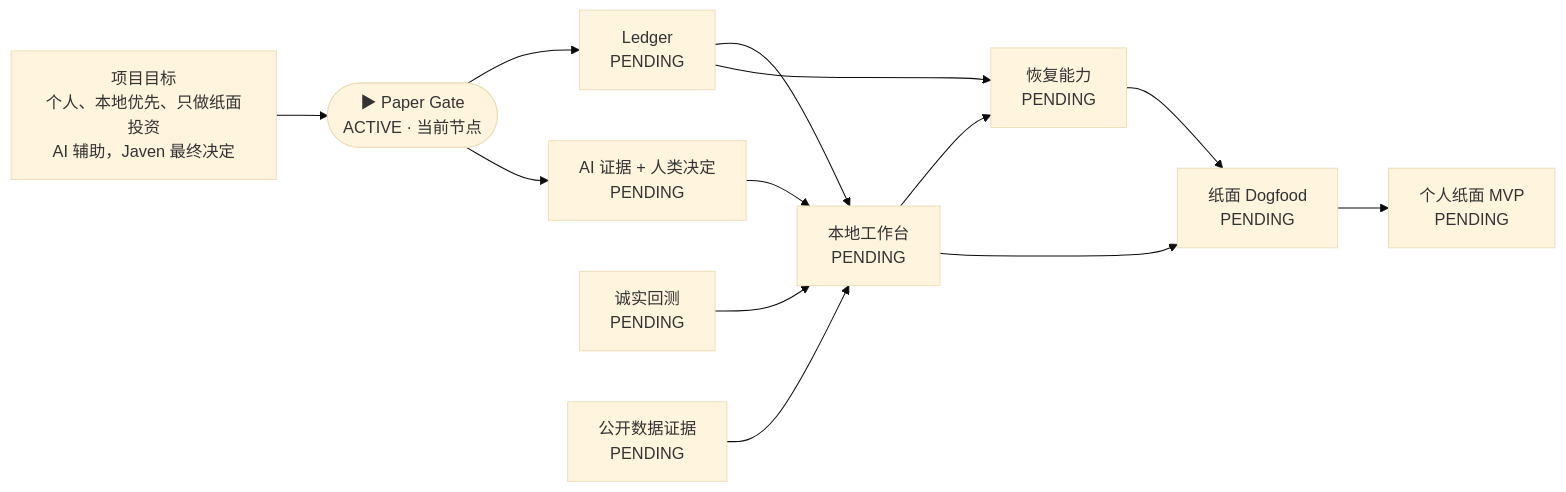
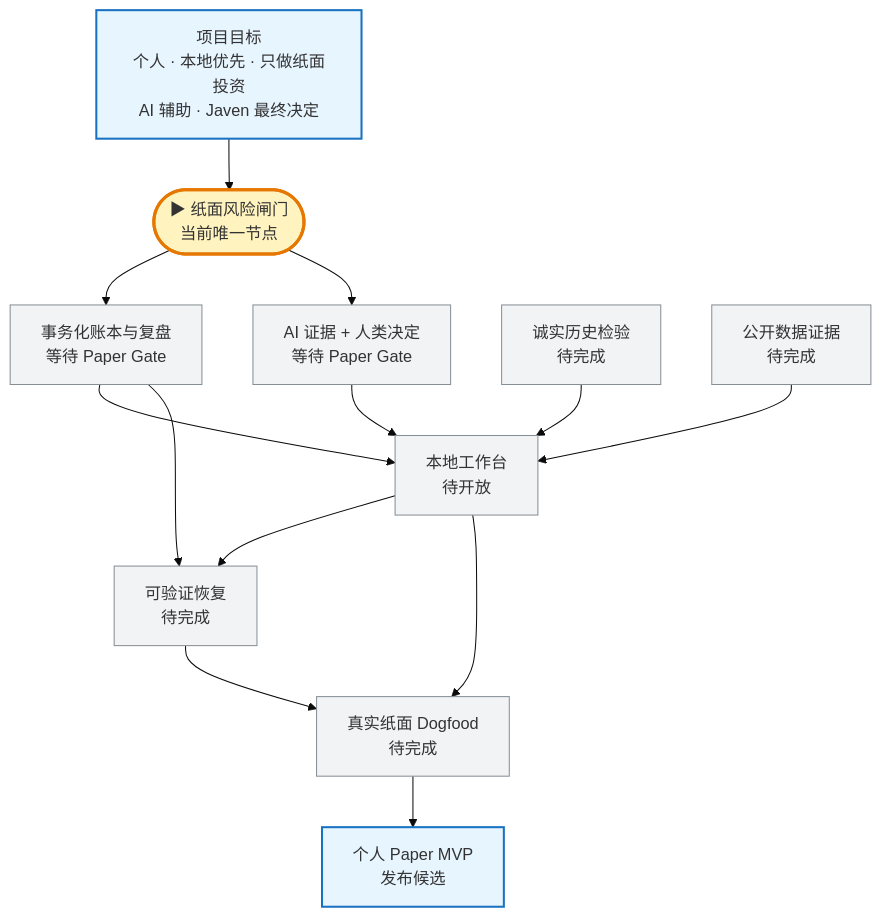
One commit to j-a-v-e-n/knowledge-vault changed the second of 2 diagrams in MyBrain/automation/reports/investment-discipline-system/CURRENT_PROGRESS.md. Above: the diagram before and after it, drawn with Mermaid (base theme). The commit also changed other lines of this file, not shown here.

````diff
--- a/MyBrain/automation/reports/investment-discipline-system/CURRENT_PROGRESS.md
+++ b/MyBrain/automation/reports/investment-discipline-system/CURRENT_PROGRESS.md
@@ -25,16 +34,23 @@
 ```mermaid
-flowchart LR
-    M["项目目标<br/>个人、本地优先、只做纸面投资<br/>AI 辅助，Javen 最终决定"] --> PG(["▶ Paper Gate<br/>ACTIVE · 当前节点"])
+flowchart TB
+    M["项目目标<br/>个人 · 本地优先 · 只做纸面投资<br/>AI 辅助 · Javen 最终决定"] --> PG(["▶ 纸面风险闸门<br/>当前唯一节点"])
 
-    PG --> L["Ledger<br/>PENDING"]
-    PG --> H["AI 证据 + 人类决定<br/>PENDING"]
-    B["诚实回测<br/>PENDING"] --> W["本地工作台<br/>PENDING"]
-    D["公开数据证据<br/>PENDING"] --> W
+    PG --> L["事务化账本与复盘<br/>等待 Paper Gate"]
+    PG --> H["AI 证据 + 人类决定<br/>等待 Paper Gate"]
+    B["诚实历史检验<br/>待完成"] --> W["本地工作台<br/>待开放"]
+    D["公开数据证据<br/>待完成"] --> W
     L --> W
     H --> W
-    L --> R["恢复能力<br/>PENDING"]
+    L --> R["可验证恢复<br/>待完成"]
     W --> R
-    R --> G["纸面 Dogfood<br/>PENDING"]
-    W --> G
-    G --> X["个人纸面 MVP<br/>PENDING"]
+    W --> G["真实纸面 Dogfood<br/>待完成"]
+    R --> G
+    G --> X["个人 Paper MVP<br/>发布候选"]
+
+    classDef current fill:#fff3bf,stroke:#e67700,stroke-width:3px;
+    classDef boundary fill:#e7f5ff,stroke:#1971c2,stroke-width:2px;
+    classDef pending fill:#f1f3f5,stroke:#868e96;
+    class PG current;
+    class M,X boundary;
+    class L,H,B,D,W,R,G pending;
 ```
````
